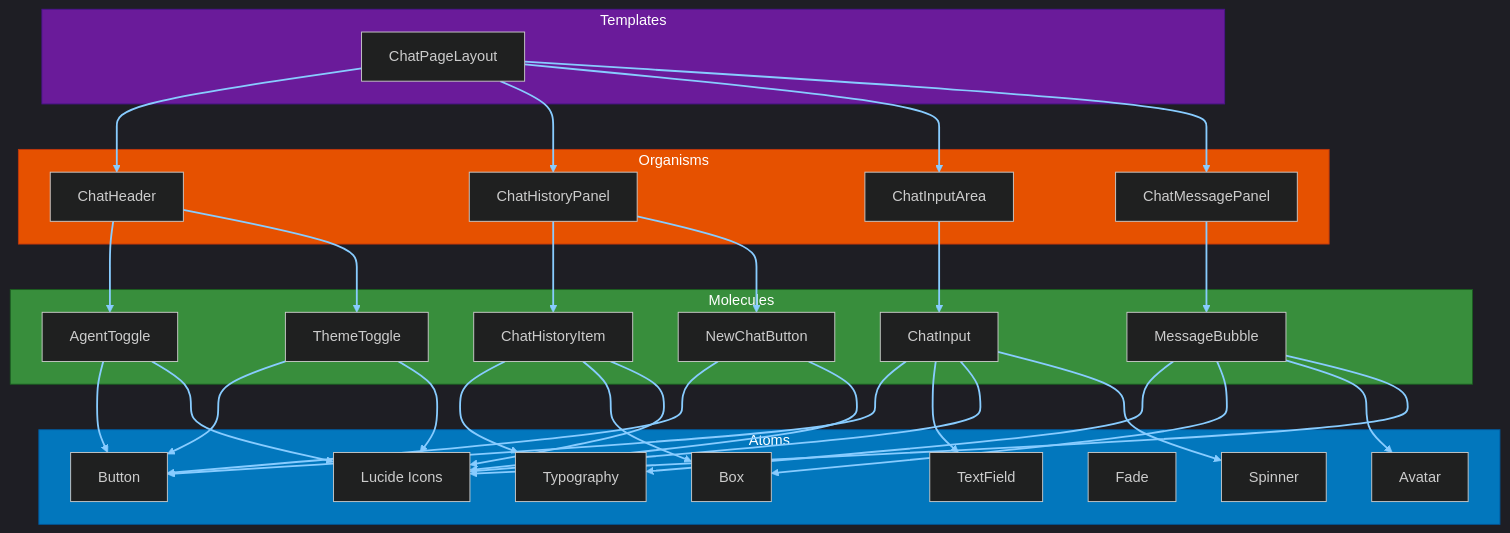
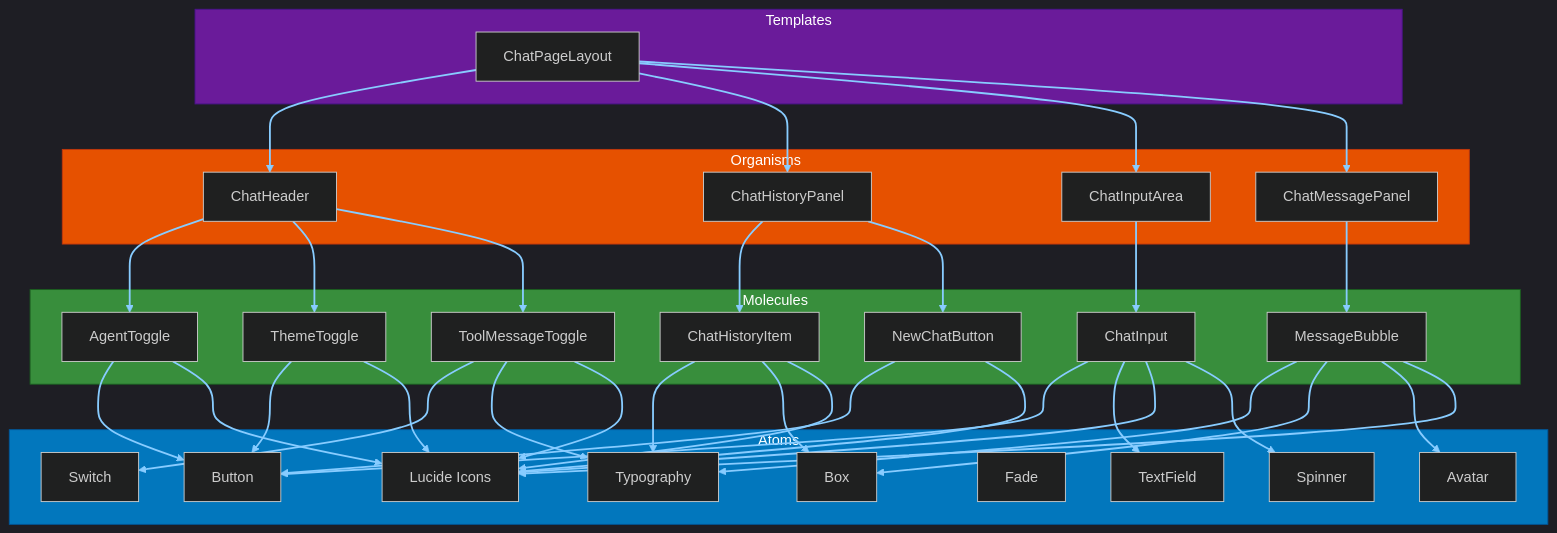
One commit to ChrisMcKee1/ChatUI changed the diagram in docs/architecture/component-architecture.md. Above: the diagram before and after it, drawn with Mermaid. The commit also changed 23 other files, not shown here.

```diff
--- a/docs/architecture/component-architecture.md
+++ b/docs/architecture/component-architecture.md
@@ -23,6 +23,7 @@
         M4[ThemeToggle]
         M5[ChatHistoryItem]
         M6[NewChatButton]
+        M7[ToolMessageToggle]
     end
     
     subgraph Atoms
@@ -34,6 +35,7 @@
         A6[Fade]
         A7[Lucide Icons]
         A8[Spinner]
+        A9[Switch]
     end
     
     TPL --> O1
@@ -43,6 +45,7 @@
     
     O1 --> M3
     O1 --> M4
+    O1 --> M7
     O2 --> M5
     O2 --> M6
     O3 --> M2
@@ -71,6 +74,10 @@
     M6 --> A1
     M6 --> A7
     
+    M7 --> A9
+    M7 --> A2
+    M7 --> A7
+    
     style Atoms fill:#0277bd,stroke:#01579b,color:#ffffff
     style Molecules fill:#388e3c,stroke:#1b5e20,color:#ffffff
     style Organisms fill:#e65100,stroke:#bf360c,color:#ffffff
```
